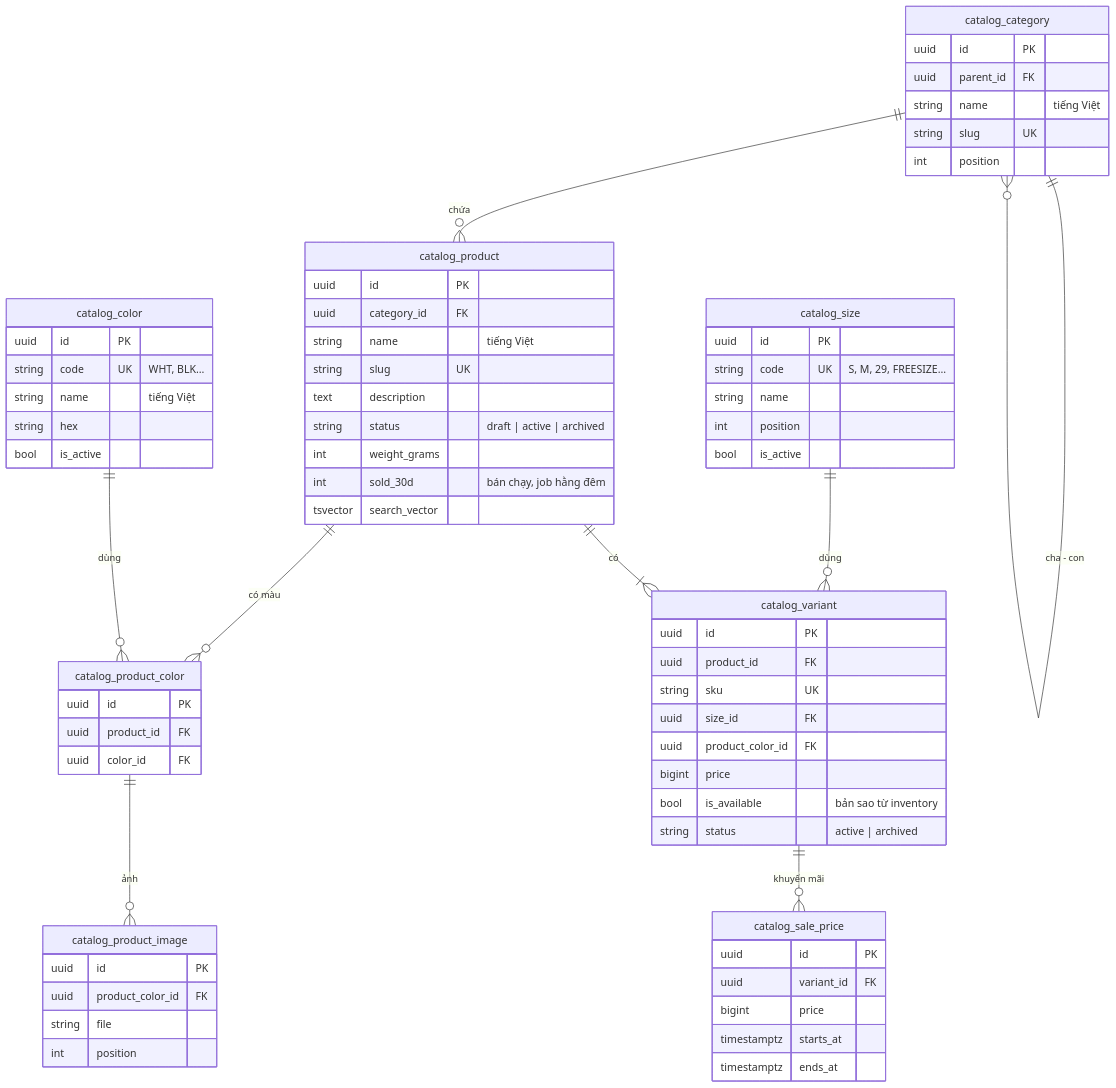
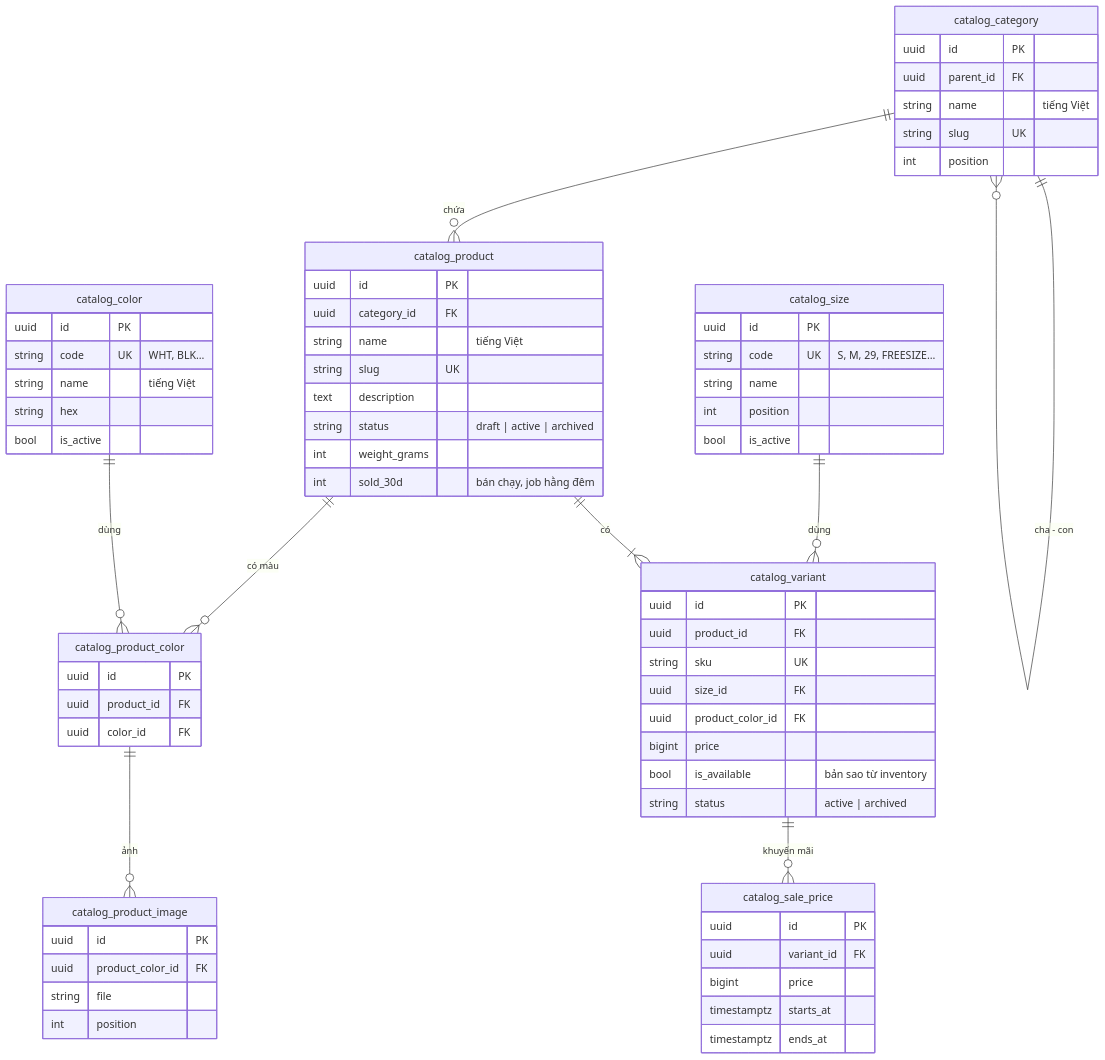
The third of 9 diagrams in docs/architecture/03-data-model.md (LuongCongThanh/boilerplate-ecommerce-next-16), drawn with Mermaid before and after one commit. The commit also changed other lines of this file and 16 other files, not shown here.

First line of the commit message:
docs: fix architecture gaps in locking, idempotency, tasks and API ownership

````diff
--- a/docs/architecture/03-data-model.md
+++ b/docs/architecture/03-data-model.md
@@ -126,71 +152,70 @@
 ```mermaid
 erDiagram
     catalog_category ||--o{ catalog_category : "cha - con"
     catalog_category ||--o{ catalog_product : "chứa"
     catalog_product ||--o{ catalog_product_color : "có màu"
     catalog_color ||--o{ catalog_product_color : "dùng"
     catalog_size ||--o{ catalog_variant : "dùng"
     catalog_product_color ||--o{ catalog_product_image : "ảnh"
     catalog_product ||--|{ catalog_variant : "có"
     catalog_variant ||--o{ catalog_sale_price : "khuyến mãi"
     catalog_category {
         uuid id PK
         uuid parent_id FK
         string name "tiếng Việt"
         string slug UK
         int position
     }
     catalog_product {
         uuid id PK
         uuid category_id FK
         string name "tiếng Việt"
         string slug UK
         text description
         string status "draft | active | archived"
         int weight_grams
         int sold_30d "bán chạy, job hằng đêm"
-        tsvector search_vector
     }
     catalog_size {
         uuid id PK
         string code UK "S, M, 29, FREESIZE…"
         string name
         int position
         bool is_active
     }
     catalog_color {
         uuid id PK
         string code UK "WHT, BLK…"
         string name "tiếng Việt"
         string hex
         bool is_active
     }
     catalog_product_color {
         uuid id PK
         uuid product_id FK
         uuid color_id FK
     }
     catalog_product_image {
         uuid id PK
         uuid product_color_id FK
         string file
         int position
     }
     catalog_variant {
         uuid id PK
         uuid product_id FK
         string sku UK
         uuid size_id FK
         uuid product_color_id FK
         bigint price
         bool is_available "bản sao từ inventory"
         string status "active | archived"
     }
     catalog_sale_price {
         uuid id PK
         uuid variant_id FK
         bigint price
         timestamptz starts_at
         timestamptz ends_at
     }
 ```
````
